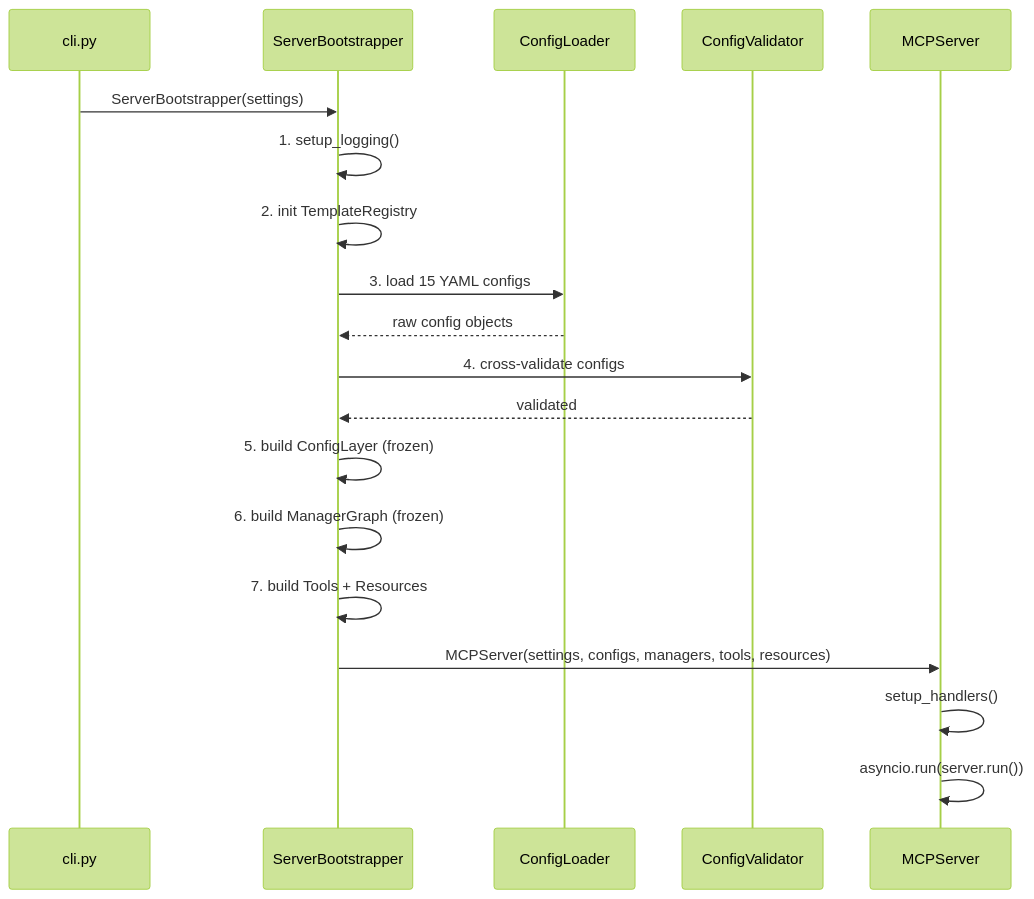
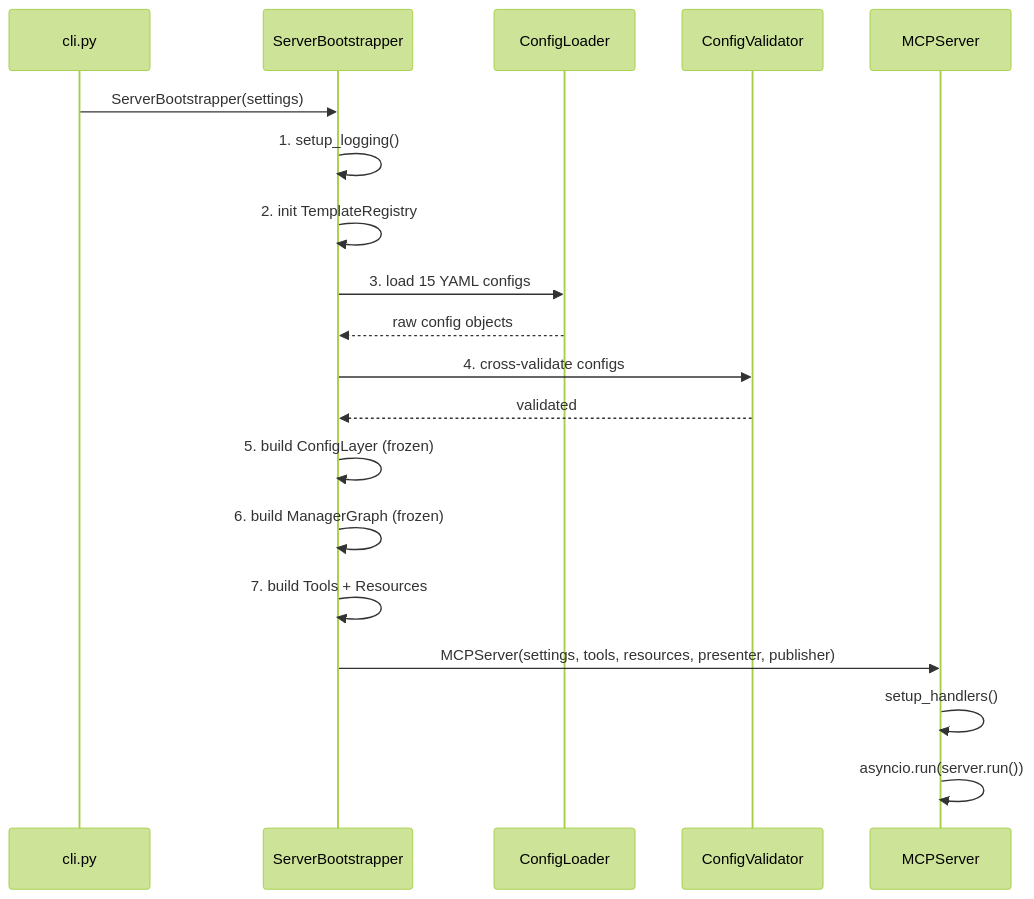
The second of 4 diagrams in docs/mcp_server/ARCHITECTURE.md (MikeyVK/phase-gate-mcp), drawn with Mermaid (forest theme) before and after one commit. The commit also changed other lines of this file, not shown here.

````diff
--- a/docs/mcp_server/ARCHITECTURE.md
+++ b/docs/mcp_server/ARCHITECTURE.md
@@ -372,22 +372,22 @@
 ```mermaid
 sequenceDiagram
     participant CLI as cli.py
     participant BS as ServerBootstrapper
     participant CL as ConfigLoader
     participant CV as ConfigValidator
     participant Server as MCPServer
 
     CLI->>BS: ServerBootstrapper(settings)
     BS->>BS: 1. setup_logging()
     BS->>BS: 2. init TemplateRegistry
     BS->>CL: 3. load 15 YAML configs
     CL-->>BS: raw config objects
     BS->>CV: 4. cross-validate configs
     CV-->>BS: validated
     BS->>BS: 5. build ConfigLayer (frozen)
     BS->>BS: 6. build ManagerGraph (frozen)
     BS->>BS: 7. build Tools + Resources
-    BS->>Server: MCPServer(settings, configs, managers, tools, resources)
+    BS->>Server: MCPServer(settings, tools, resources, presenter, publisher)
     Server->>Server: setup_handlers()
     Server->>Server: asyncio.run(server.run())
 ```
````
